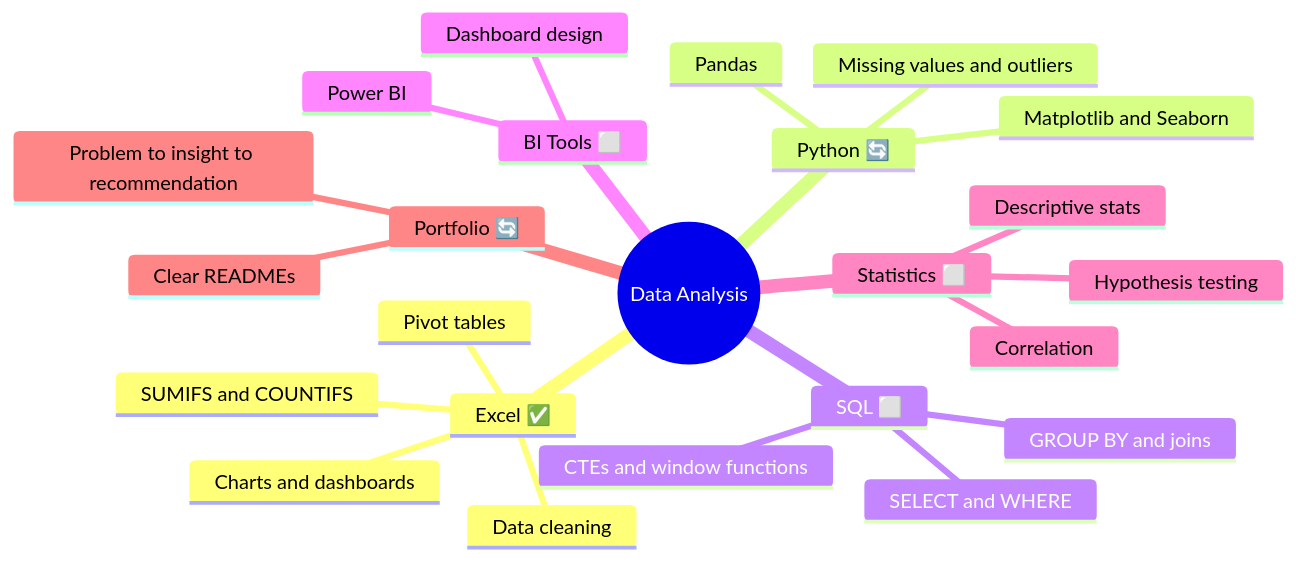
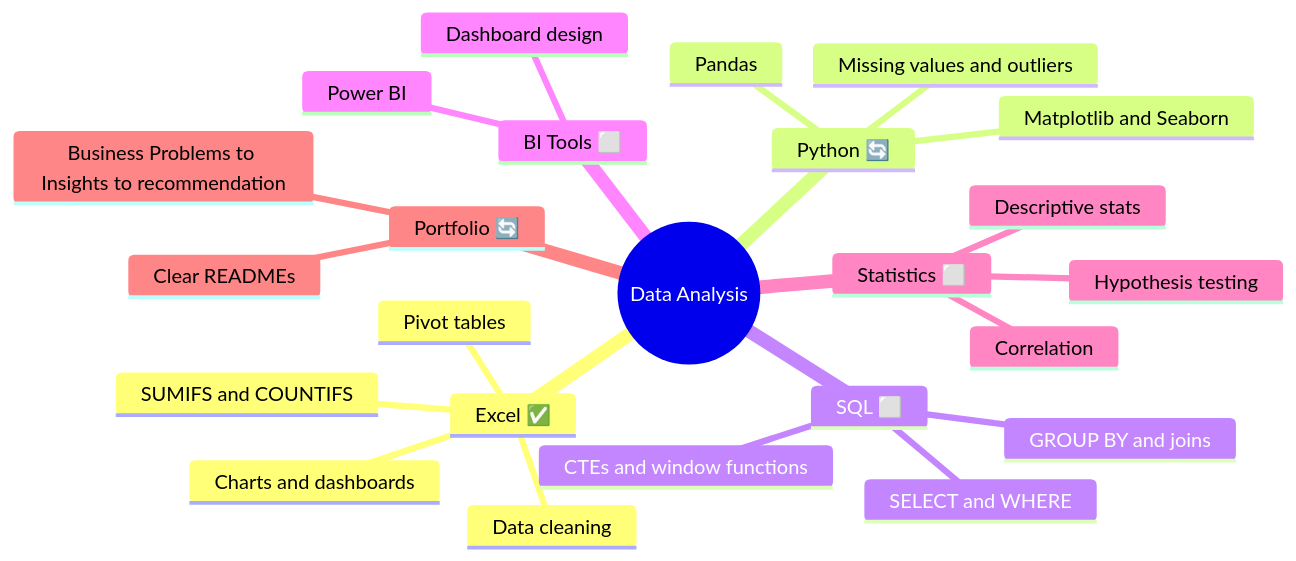
One commit to PoojaS-1616/data-analyst-portfolio changed the diagram in README.md. Above: the diagram before and after it, drawn with Mermaid.

````diff
--- a/README.md
+++ b/README.md
@@ -21,27 +21,27 @@
 ```mermaid
 mindmap
   root((Data Analysis))
     Excel ✅
       SUMIFS and COUNTIFS
       Pivot tables
       Data cleaning
       Charts and dashboards
     Python 🔄
       Pandas
       Missing values and outliers
       Matplotlib and Seaborn
     SQL ⬜
       SELECT and WHERE
       GROUP BY and joins
       CTEs and window functions
     BI Tools ⬜
       Power BI
       Dashboard design
     Statistics ⬜
       Descriptive stats
       Correlation
       Hypothesis testing
     Portfolio 🔄
-      Problem to insight to recommendation
+      Business Problems to Insights to recommendation
       Clear READMEs
 ```
````
